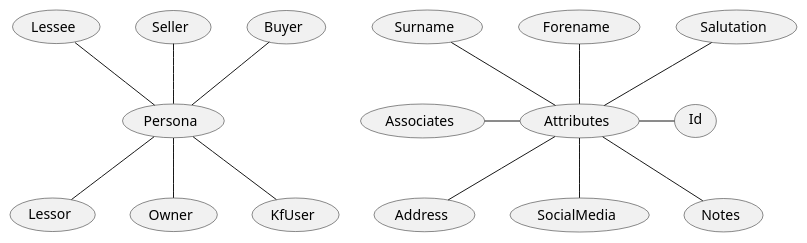
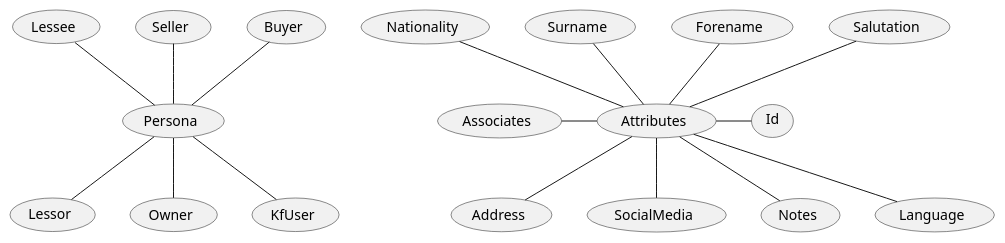
One commit to Kf-GaryNewport/Kf-GaryNewport.github.io changed the diagram in assets/RealEstate/ContactDetail.puml. Above: the diagram before and after it, drawn with PlantUML.

```diff
--- a/assets/RealEstate/ContactDetail.puml
+++ b/assets/RealEstate/ContactDetail.puml
@@ -1,19 +1,21 @@
 @startuml Contact Detail
 
 (Attributes) - (Id)
 (Attributes) -left- (Associates)
 (Attributes) -up- (Salutation)
 (Attributes) -up- (Forename)
 (Attributes) -up- (Surname)
 (Attributes) -down- (Address)
 (Attributes) -down- (SocialMedia)
 (Attributes) -down- (Notes)
+(Attributes) -down- (Language)
+(Attributes) -up- (Nationality)
 
 (Persona) -up- (Buyer)
 (Persona) -up- (Seller)
 (Persona) -up- (Lessee)
 (Persona) -down- (Lessor)
 (Persona) -down- (Owner)
 (Persona) -down- (KfUser)
 
 @enduml
```
